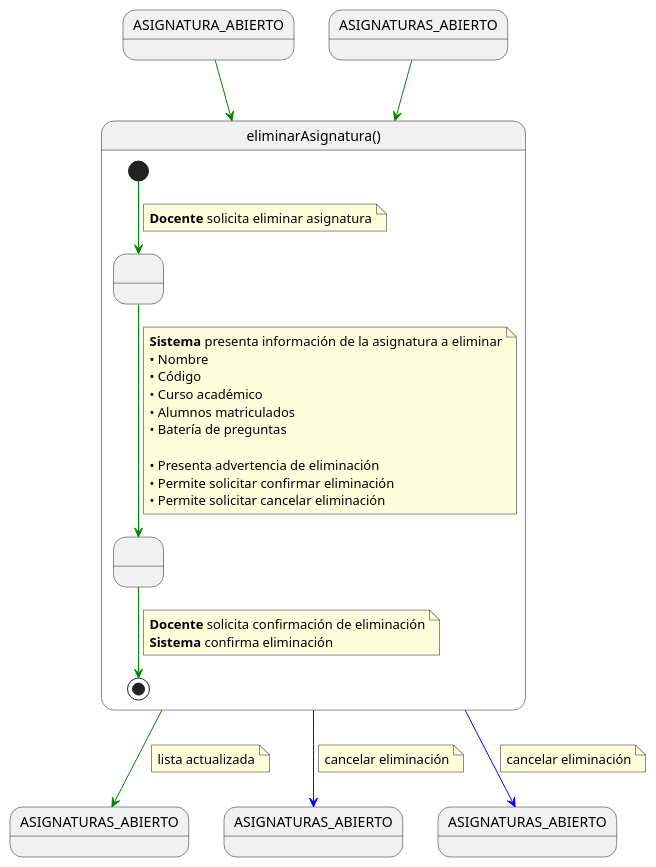
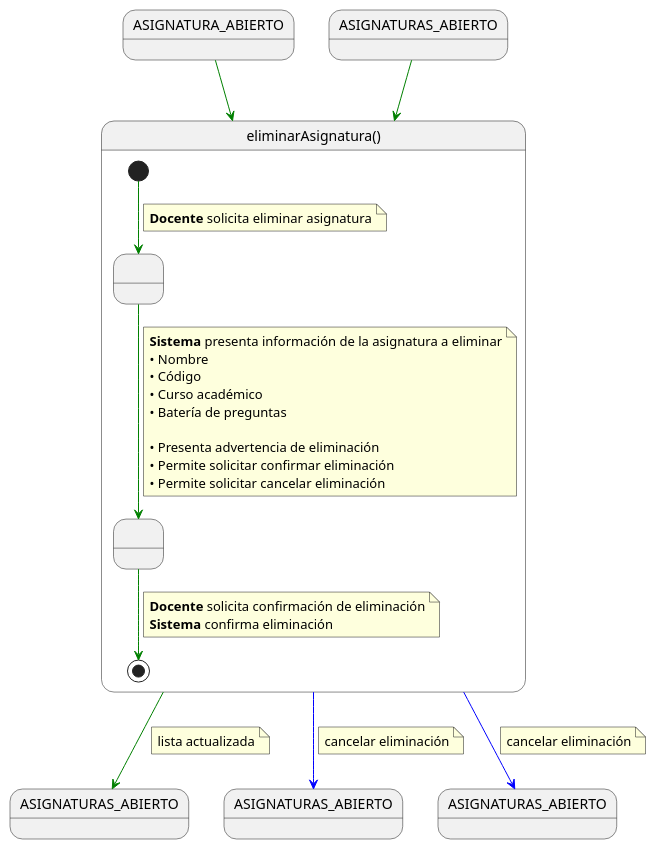
The diagram in documents/casos-de-uso/detalladoCasosDeUso/eliminarAsignatura/eliminarAsignatura.puml (martinlopez7/25-26-IdSw1-SdR), drawn with PlantUML before and after one commit. The commit also changed 65 other files, not shown here.

```diff
--- a/documents/casos-de-uso/detalladoCasosDeUso/eliminarAsignatura/eliminarAsignatura.puml
+++ b/documents/casos-de-uso/detalladoCasosDeUso/eliminarAsignatura/eliminarAsignatura.puml
@@ -1,58 +1,57 @@
 @startuml eliminarAsignatura
 skinparam linetype polyline
 
 state ASIGNATURA_ABIERTO
 state ASIGNATURAS_ABIERTO2 as "ASIGNATURAS_ABIERTO"
 state ASIGNATURAS_ABIERTO3 as "ASIGNATURAS_ABIERTO"
 state ASIGNATURAS_ABIERTO4 as "ASIGNATURAS_ABIERTO"
 
 state eliminarAsignatura as "eliminarAsignatura()" {
 
     state " " as ConfirmandoEliminacion
     state " " as EliminandoAsignatura
 
     [*] -[#green]-> ConfirmandoEliminacion
     note on link
     <b>Docente</b> solicita eliminar asignatura
     end note
 
     ConfirmandoEliminacion -[#green]-> EliminandoAsignatura
     note on link
     <b>Sistema</b> presenta información de la asignatura a eliminar
     • Nombre 
     • Código 
     • Curso académico 
-    • Alumnos matriculados
     • Batería de preguntas
 
     • Presenta advertencia de eliminación
     • Permite solicitar confirmar eliminación
     • Permite solicitar cancelar eliminación
     end note
 
     EliminandoAsignatura -[#green]-> [*]
     note on link
     <b>Docente</b> solicita confirmación de eliminación
     <b>Sistema</b> confirma eliminación
     end note
 }
 
 ASIGNATURAS_ABIERTO -[#green]-> eliminarAsignatura
 ASIGNATURA_ABIERTO -[#green]-> eliminarAsignatura
 
 eliminarAsignatura -[#green]-> ASIGNATURAS_ABIERTO2
 note on link
 lista actualizada
 end note
 
 eliminarAsignatura -[#blue]-> ASIGNATURAS_ABIERTO3
 note on link
 cancelar eliminación
 end note
 
 eliminarAsignatura -[#blue]-> ASIGNATURAS_ABIERTO4
 note on link
 cancelar eliminación
 end note
 
 @enduml
```
